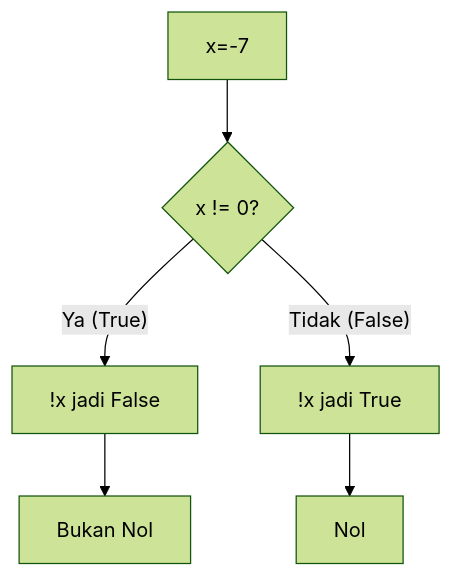
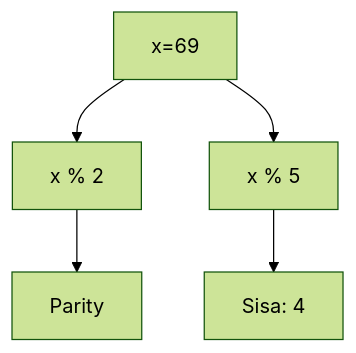
Diagram 19 of 25 in part-c-pemahaman-cpp/02-percabangan/latihan/set-10.md (amnahwaida/OSNK_INF_PREP), drawn with Mermaid (forest theme) before and after one commit. The commit also changed other lines of this file and 71 other files, not shown here.

````diff
--- a/part-c-pemahaman-cpp/02-percabangan/latihan/set-10.md
+++ b/part-c-pemahaman-cpp/02-percabangan/latihan/set-10.md
@@ -580,8 +563,7 @@
 ```mermaid
 graph TD
-    A[x=-7] --> B{x != 0?}
-    B -- Ya (True) --> C["!x jadi False"]
-    B -- Tidak (False) --> D["!x jadi True"]
-    C --> E[Bukan Nol]
-    D --> F[Nol]
+A[x=69] --> B[x % 2]
+B --> C[Parity]
+A --> D[x % 5]
+D --> E[Sisa: 4]
 ```
````
